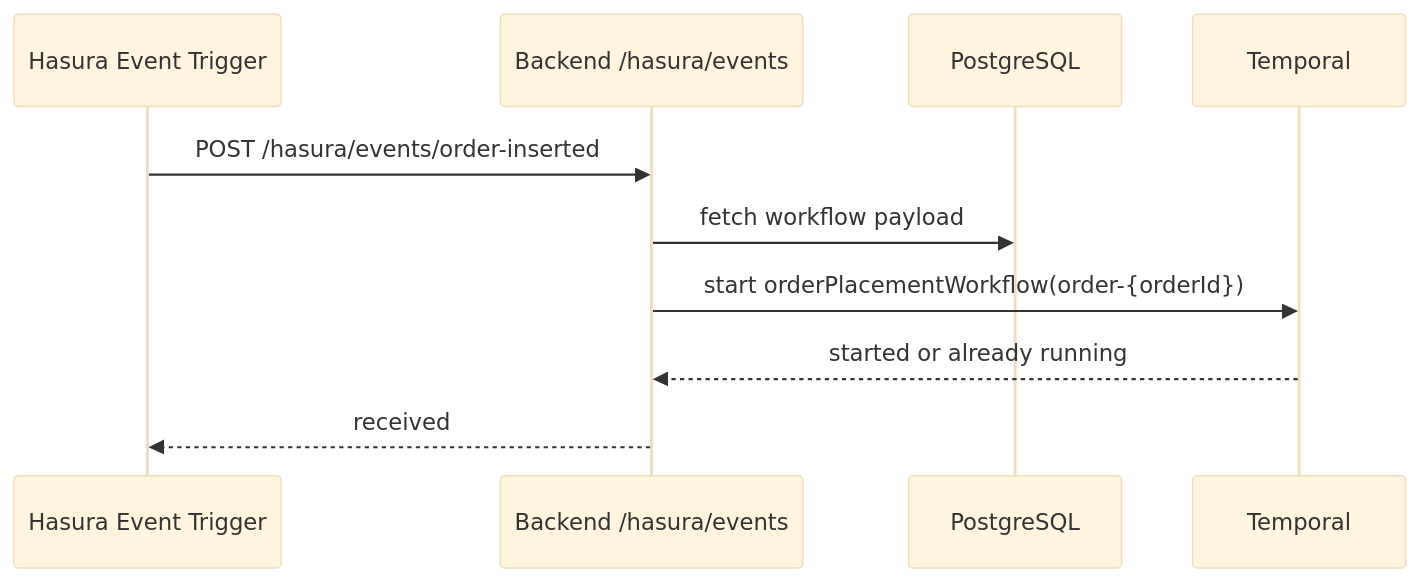
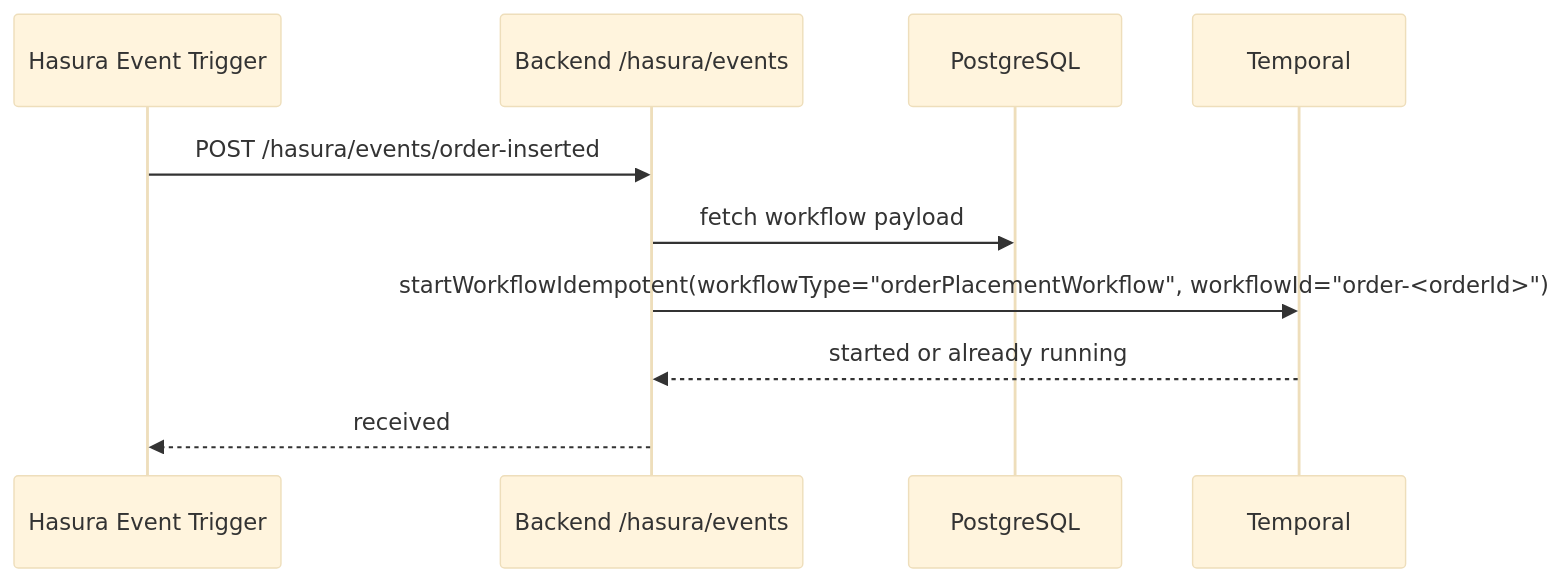
The seventh of 10 diagrams in SEQUENCE_DIAGRAMS.md (007abishek/react-frontend), drawn with Mermaid (base theme) before and after one commit. The commit also changed other lines of this file and 4 other files, not shown here.

````diff
--- a/SEQUENCE_DIAGRAMS.md
+++ b/SEQUENCE_DIAGRAMS.md
@@ -176,13 +177,13 @@
 ```mermaid
 sequenceDiagram
   participant H as Hasura Event Trigger
   participant BE as Backend /hasura/events
   participant DB as PostgreSQL
   participant T as Temporal
 
   H->>BE: POST /hasura/events/order-inserted
   BE->>DB: fetch workflow payload
-  BE->>T: start orderPlacementWorkflow(order-{orderId})
+  BE->>T: startWorkflowIdempotent(workflowType="orderPlacementWorkflow", workflowId="order-<orderId>")
   T-->>BE: started or already running
   BE-->>H: received
 ```
````
